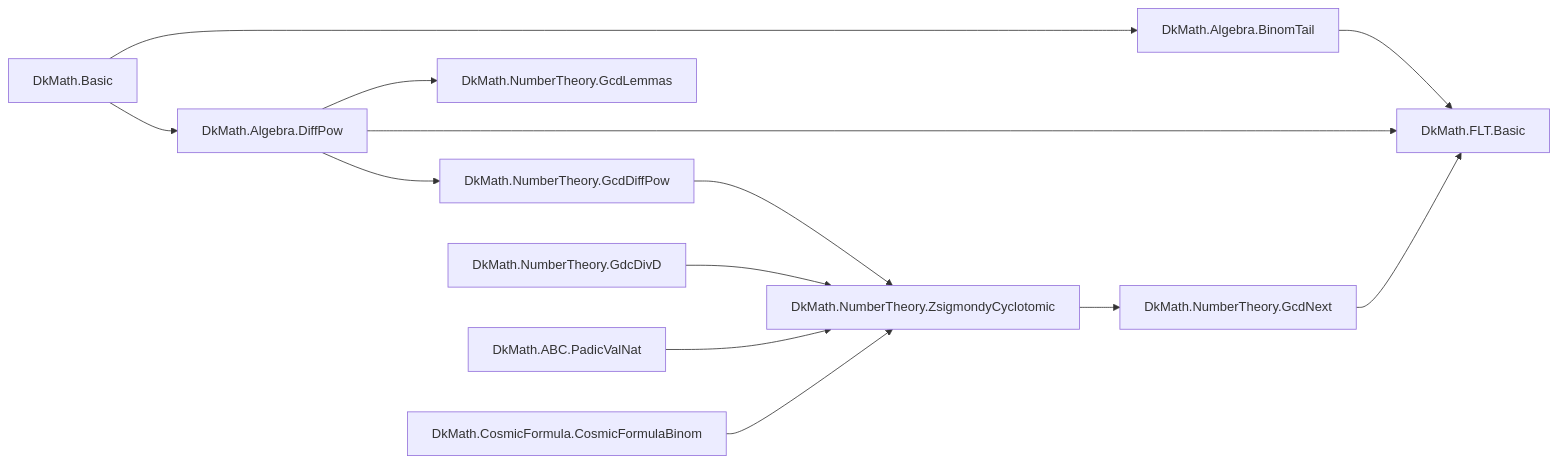
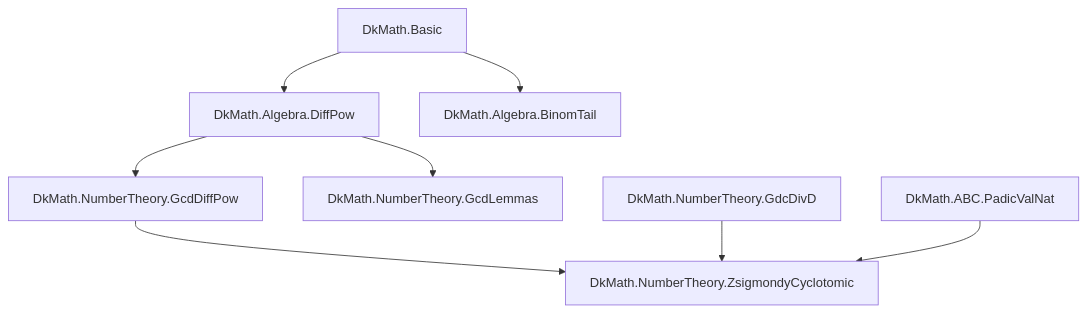
One commit to Deskuma/dkmath changed the first of 5 diagrams in lean/dk_math/INDEX.md. Above: the diagram before and after it, drawn with Mermaid. The commit also changed other lines of this file, not shown here.

First line of the commit message:
Update: Revise theory dependency graph structure in INDEX.md

````diff
--- a/lean/dk_math/INDEX.md
+++ b/lean/dk_math/INDEX.md
@@ -97,15 +101,10 @@
 ```mermaid
-graph LR
+graph TD
   Basic[DkMath.Basic] --> DiffPow[DkMath.Algebra.DiffPow]
   Basic --> BinomTail[DkMath.Algebra.BinomTail]
   DiffPow --> GcdDiffPow[DkMath.NumberTheory.GcdDiffPow]
   DiffPow --> GcdLemmas[DkMath.NumberTheory.GcdLemmas]
   GcdDiffPow --> ZC[DkMath.NumberTheory.ZsigmondyCyclotomic]
-  BinomTail --> FLTBasic[DkMath.FLT.Basic]
-  DiffPow --> FLTBasic
   GdcDivD[DkMath.NumberTheory.GdcDivD] --> ZC
-  ZC --> GcdNext[DkMath.NumberTheory.GcdNext]
-  GcdNext --> FLTBasic
   ABCPadic[DkMath.ABC.PadicValNat] --> ZC
-  CFbinom[DkMath.CosmicFormula.CosmicFormulaBinom] --> ZC
 ```
````
